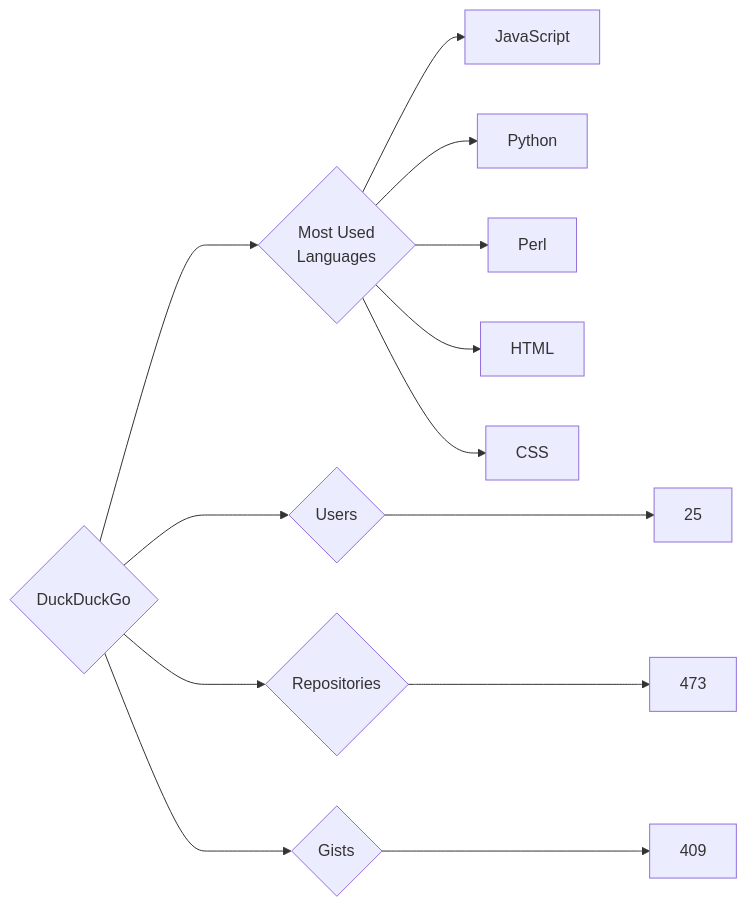
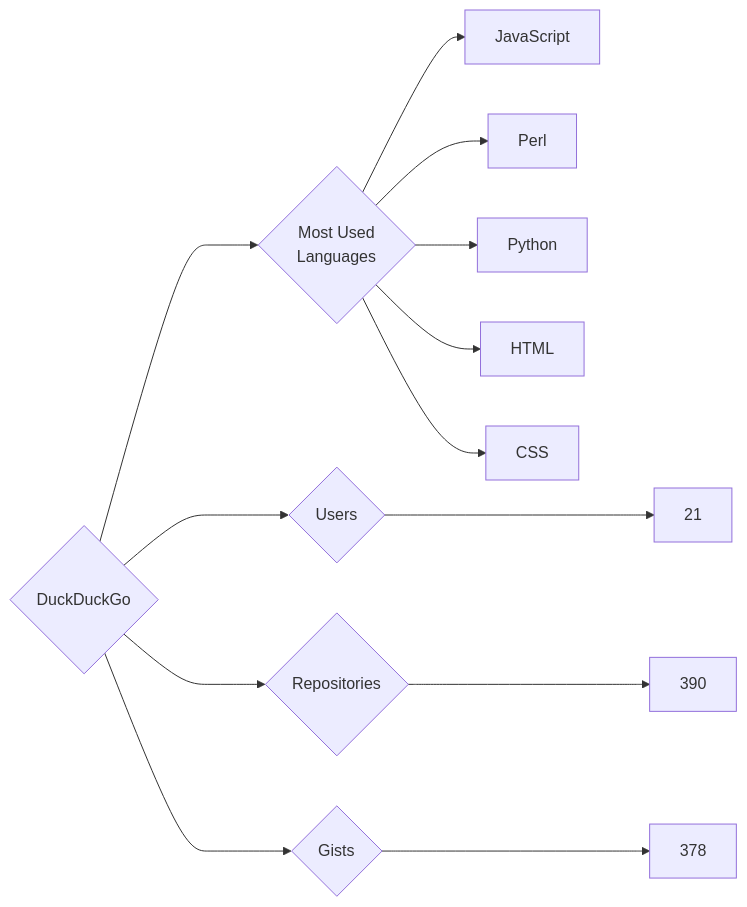
The diagram in targets/DuckDuckGo/README.md (trickest/insiders), drawn with Mermaid before and after one commit. The commit also changed 965 other files, not shown here.

````diff
--- a/targets/DuckDuckGo/README.md
+++ b/targets/DuckDuckGo/README.md
@@ -3,13 +3,13 @@
 ```mermaid
 graph LR
 COMPANY_NAME{DuckDuckGo}
-COMPANY_NAME ---> U{Users} ---> UN[25]
-COMPANY_NAME ---> R{Repositories} ---> RN[473]
-COMPANY_NAME ---> G{Gists} ---> GN[409]
+COMPANY_NAME ---> U{Users} ---> UN[21]
+COMPANY_NAME ---> R{Repositories} ---> RN[390]
+COMPANY_NAME ---> G{Gists} ---> GN[378]
 COMPANY_NAME ---> ML{Most Used<br>Languages}
 ML --> JavaScript[JavaScript]
+ML --> Perl[Perl]
 ML --> Python[Python]
-ML --> Perl[Perl]
 ML --> HTML[HTML]
 ML --> CSS[CSS]
 ```
````
